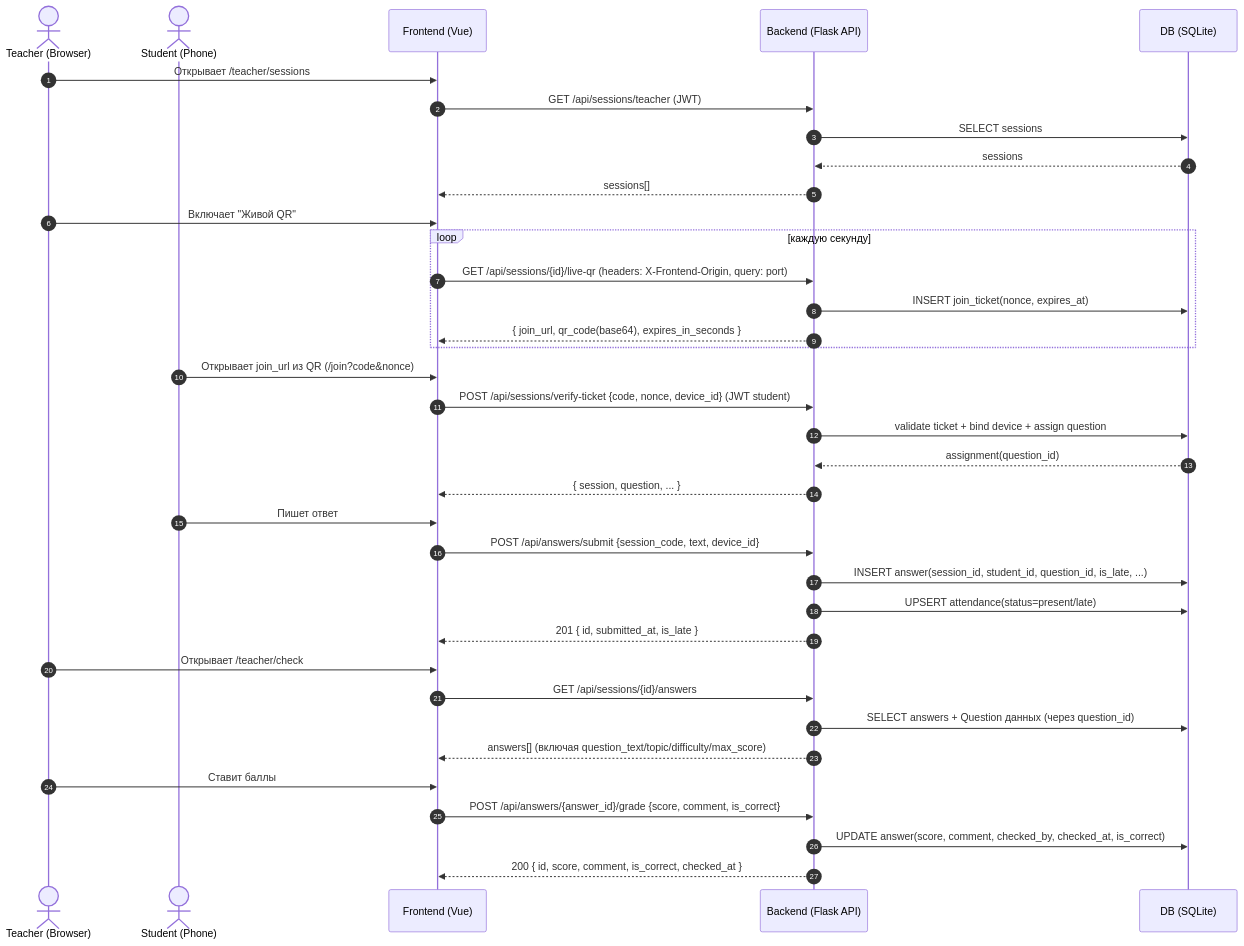
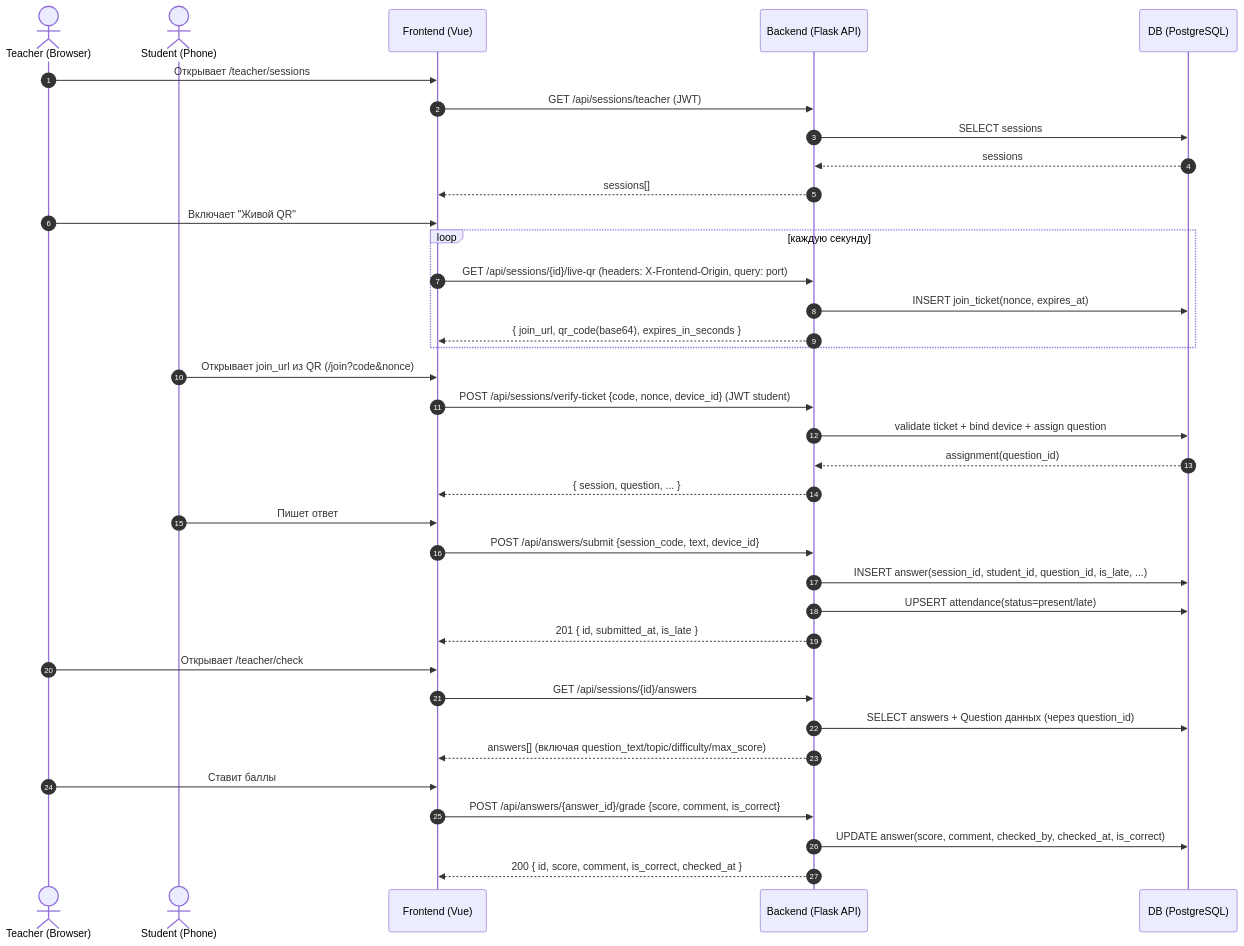
One commit to Senya-byy/Dynamic_clustering_system_of_educational_results changed the diagram in docs/ARCHITECTURE_PROJECT.md. Above: the diagram before and after it, drawn with Mermaid. The commit also changed other lines of this file and 14 other files, not shown here.

````diff
--- a/docs/ARCHITECTURE_PROJECT.md
+++ b/docs/ARCHITECTURE_PROJECT.md
@@ -110,44 +110,44 @@
 ```mermaid
 sequenceDiagram
   autonumber
   actor T as Teacher (Browser)
   actor S as Student (Phone)
   participant FE as Frontend (Vue)
   participant BE as Backend (Flask API)
-  participant DB as DB (SQLite)
+  participant DB as DB (PostgreSQL)
 
   T->>FE: Открывает /teacher/sessions
   FE->>BE: GET /api/sessions/teacher (JWT)
   BE->>DB: SELECT sessions
   DB-->>BE: sessions
   BE-->>FE: sessions[]
 
   T->>FE: Включает "Живой QR"
   loop каждую секунду
     FE->>BE: GET /api/sessions/{id}/live-qr (headers: X-Frontend-Origin, query: port)
     BE->>DB: INSERT join_ticket(nonce, expires_at)
     BE-->>FE: { join_url, qr_code(base64), expires_in_seconds }
   end
 
   S->>FE: Открывает join_url из QR (/join?code&nonce)
   FE->>BE: POST /api/sessions/verify-ticket {code, nonce, device_id} (JWT student)
   BE->>DB: validate ticket + bind device + assign question
   DB-->>BE: assignment(question_id)
   BE-->>FE: { session, question, ... }
 
   S->>FE: Пишет ответ
   FE->>BE: POST /api/answers/submit {session_code, text, device_id}
   BE->>DB: INSERT answer(session_id, student_id, question_id, is_late, ...)
   BE->>DB: UPSERT attendance(status=present/late)
   BE-->>FE: 201 { id, submitted_at, is_late }
 
   T->>FE: Открывает /teacher/check
   FE->>BE: GET /api/sessions/{id}/answers
   BE->>DB: SELECT answers + Question данных (через question_id)
   BE-->>FE: answers[] (включая question_text/topic/difficulty/max_score)
 
   T->>FE: Ставит баллы
   FE->>BE: POST /api/answers/{answer_id}/grade {score, comment, is_correct}
   BE->>DB: UPDATE answer(score, comment, checked_by, checked_at, is_correct)
   BE-->>FE: 200 { id, score, comment, is_correct, checked_at }
 ```
````
